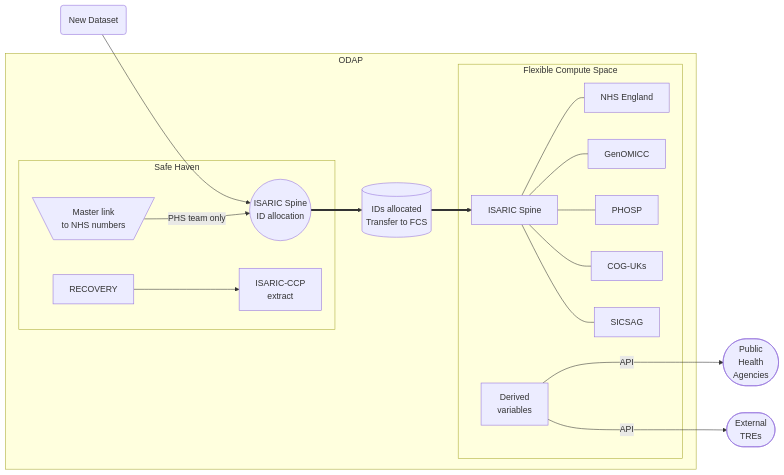
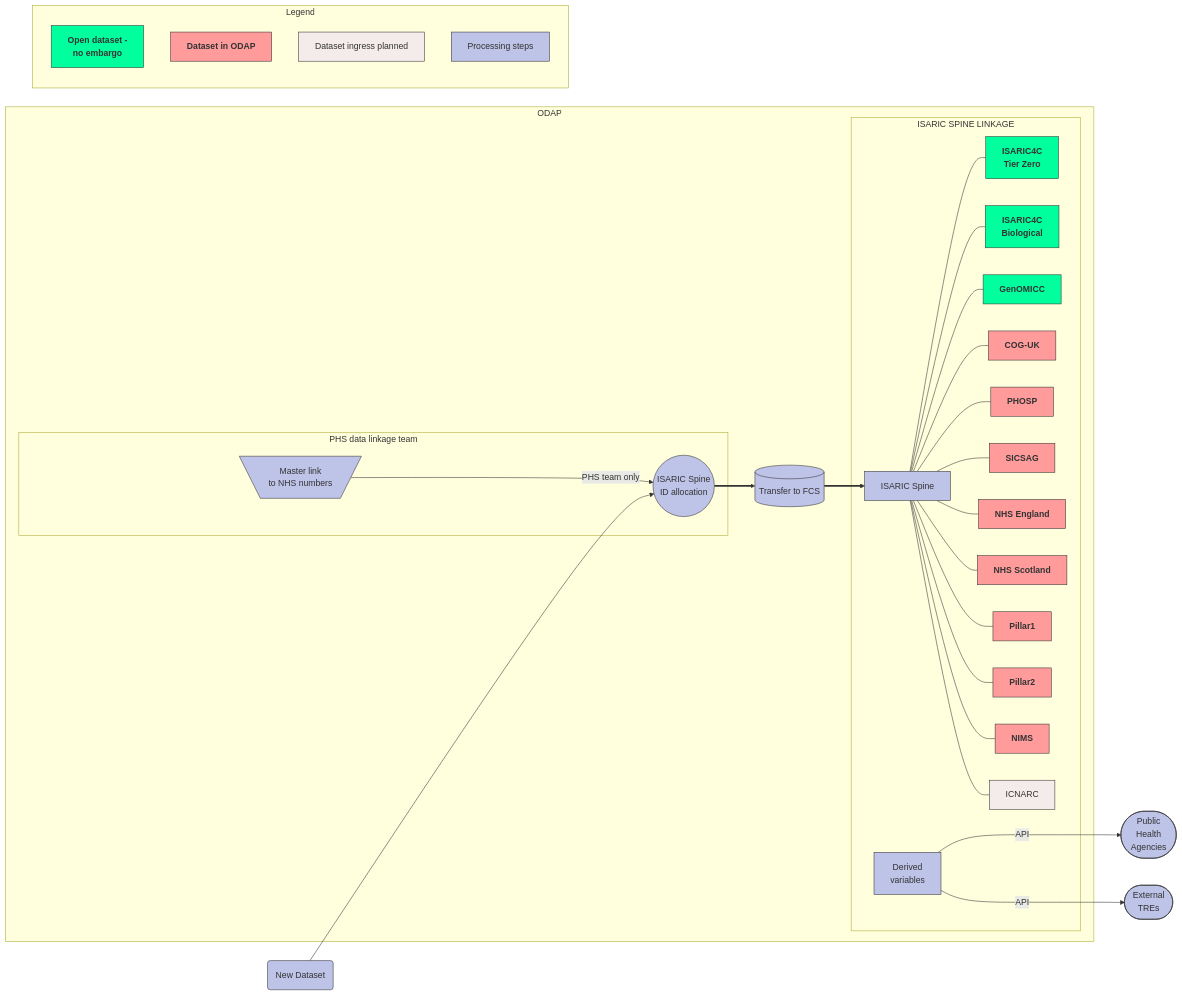
One commit to odap-ac-uk/manual changed the diagram in ODAP_manual.qmd. Above: the diagram before and after it, drawn with Mermaid. The commit also changed other lines of this file and 14 other files, not shown here.

Commit message:
mermaid improvement

````diff
--- a/ODAP_manual.qmd
+++ b/ODAP_manual.qmd
@@ -118,29 +118,51 @@
-```{mermaid}
+```mermaid
 %%| fig-width: 9
 %%| label: fig-flow
 %%| fig-cap: "Simplified flowchart showing data linkage procedures."
 
 graph LR
 
-New(New Dataset) --> ISARIC3
+subgraph ODAP
+  subgraph ISARIC SPINE LINKAGE
+    Spine --- I4CT0[ISARIC4C<br>Tier Zero]:::no-embargo
+    Spine --- I4CT12[ISARIC4C<br>Biological]:::no-embargo
+    Spine[ISARIC Spine] --- GenOMICC:::no-embargo
+    Spine --- COG-UK:::embargo
+    Spine --- PHOSP:::embargo
+    Spine --- SICSAG:::embargo
+    Spine --- NHSE[NHS England]:::embargo  
+    Spine --- NHSS[NHS Scotland]:::embargo
+    Spine --- Pillar1:::embargo
+    Spine --- Pillar2:::embargo
+    Spine --- NIMS:::embargo
+    Spine --- ICNARC:::planned
 
-subgraph ODAP
-  subgraph Flexible Compute Space
-    ISARIC4C[ISARIC Spine] --- NHS[NHS England]  
-    ISARIC4C --- GenOMICC  
-    ISARIC4C --- PHOSP     
-    ISARIC4C --- COG-UKs  
-    ISARIC4C --- SICSAG  
     Derived[Derived<br>variables]
   end
-  ISARIC3 ==> to_fcs[(IDs allocated<br>Transfer to FCS)]
-  to_fcs ==> ISARIC4C
-  subgraph Safe Haven
+  ISARIC3 ==> to_fcs[(Transfer to FCS)]
+  to_fcs ==> Spine
+  subgraph PHS data linkage team
     NHS_IDS[\Master link<br>to NHS numbers/] -->|PHS team only| ISARIC3((ISARIC Spine<br>ID allocation))
-    RECOVERY --> ISARIC2[ISARIC-CCP<br>extract]
   end
 end
 
 Derived --->|API|PHA([Public<br>Health<br>Agencies])
 Derived --->|API|TRE([External<br>TREs])
+
+New(New Dataset) --> ISARIC3
+
+
+subgraph Legend
+    Dataset-no-embargo[Open dataset - <br>no embargo]:::no-embargo
+    Dataset-embargo[Dataset in ODAP]:::embargo
+    Dataset-planned[Dataset ingress planned]:::planned
+    Process[Processing steps] 
+end
+
+    classDef default fill:#bec3e8,stroke:#333,stroke-width:1px,text-align:center;
+    classDef no-embargo fill:#00ff9d,stroke:#333,stroke-width:1px,font-weight:bold,text-align:center;
+    classDef embargo fill:#ff9b9b,stroke:#333,stroke-width:1px,font-weight:bold,text-align:center;
+    classDef planned fill:#f4ebeb,stroke:#333,stroke-width:1px,font-weight:normal,text-align:center;
+    class reduce,change choices
+
 ```
````
